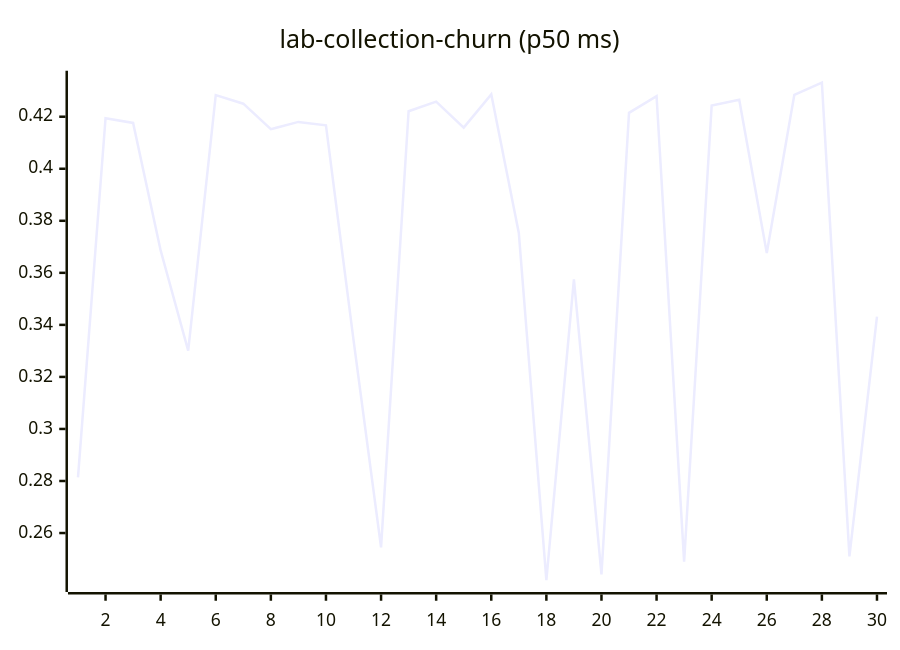
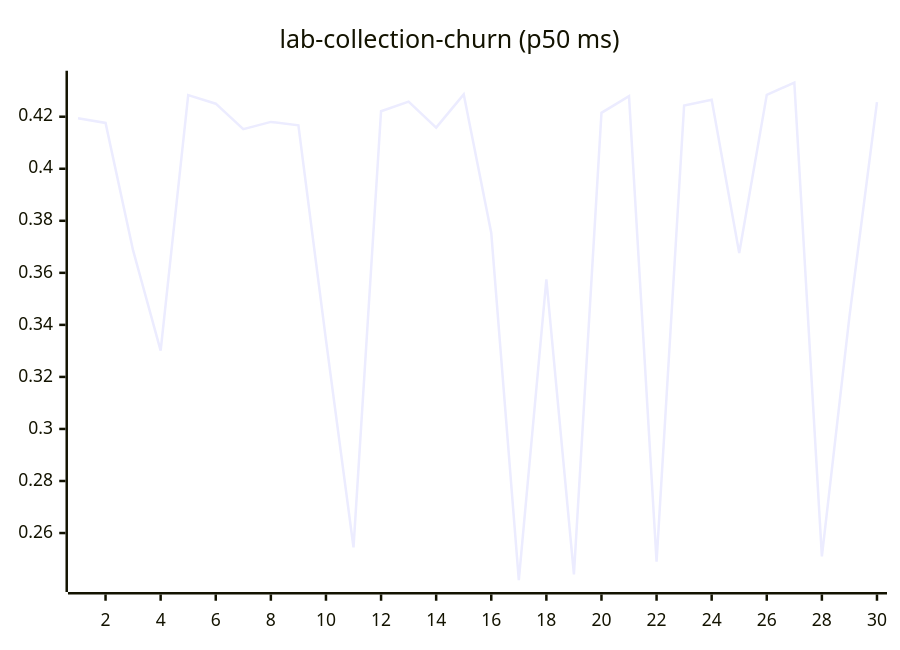
Diagram 11 of 27 in README.md (josha/Facet), drawn with Mermaid before and after one commit. The commit also changed other lines of this file and 2 other files, not shown here.

````diff
--- a/README.md
+++ b/README.md
@@ -133,6 +133,6 @@
 ```mermaid
 xychart-beta
     title "lab-collection-churn (p50 ms)"
     x-axis 1 --> 30
-    line [0.2814, 0.4194, 0.4176, 0.3686, 0.3301, 0.4283, 0.4250, 0.4152, 0.4180, 0.4167, 0.3342, 0.2545, 0.4221, 0.4258, 0.4158, 0.4286, 0.3753, 0.2419, 0.3575, 0.2441, 0.4215, 0.4279, 0.2490, 0.4243, 0.4265, 0.3676, 0.4284, 0.4331, 0.2510, 0.3432]
+    line [0.4194, 0.4176, 0.3686, 0.3301, 0.4283, 0.4250, 0.4152, 0.4180, 0.4167, 0.3342, 0.2545, 0.4221, 0.4258, 0.4158, 0.4286, 0.3753, 0.2419, 0.3575, 0.2441, 0.4215, 0.4279, 0.2490, 0.4243, 0.4265, 0.3676, 0.4284, 0.4331, 0.2510, 0.3432, 0.4256]
 ```
````
